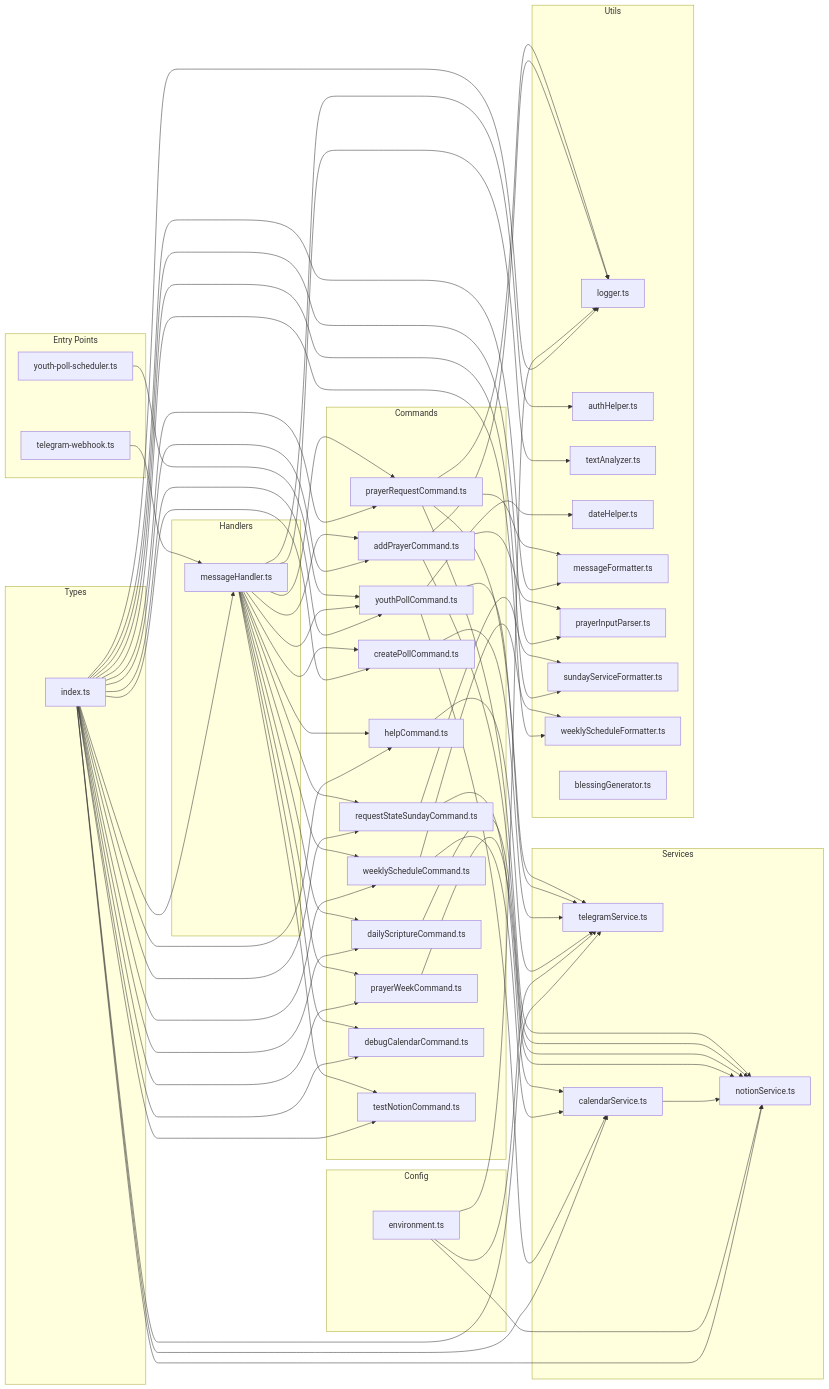
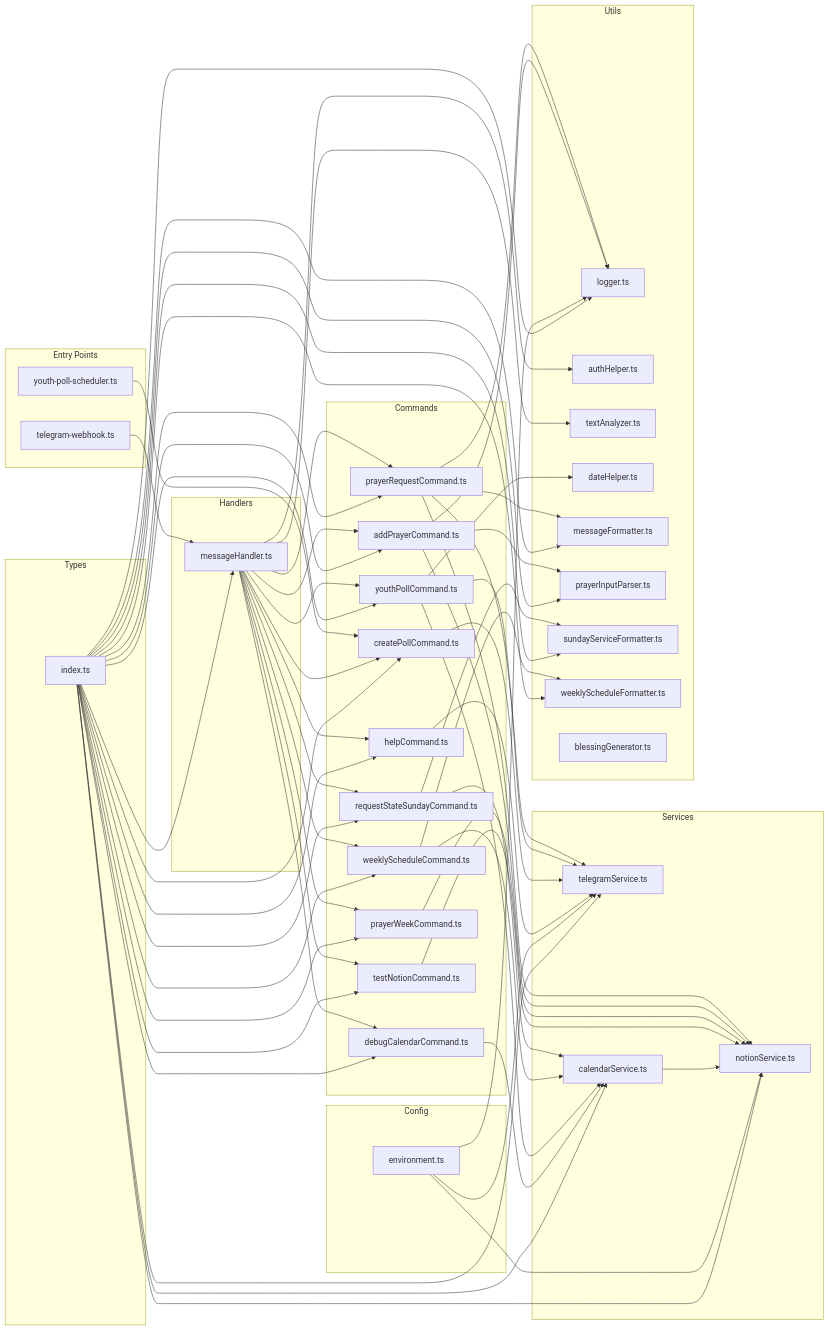
The third of 3 diagrams in docs/diagrams.md (DenisArger/church-management-js), drawn with Mermaid before and after one commit. The commit also changed other lines of this file and 104 other files, not shown here.

```diff
--- a/docs/diagrams.md
+++ b/docs/diagrams.md
@@ -108,14 +106,13 @@
         C1[helpCommand.ts]
         C2[prayerRequestCommand.ts]
         C3[addPrayerCommand.ts]
-        C4[dailyScriptureCommand.ts]
-        C5[requestStateSundayCommand.ts]
-        C6[weeklyScheduleCommand.ts]
-        C7[prayerWeekCommand.ts]
-        C8[youthPollCommand.ts]
-        C9[createPollCommand.ts]
-        C10[debugCalendarCommand.ts]
-        C11[testNotionCommand.ts]
+        C4[requestStateSundayCommand.ts]
+        C5[weeklyScheduleCommand.ts]
+        C6[prayerWeekCommand.ts]
+        C7[youthPollCommand.ts]
+        C8[createPollCommand.ts]
+        C9[debugCalendarCommand.ts]
+        C10[testNotionCommand.ts]
     end
     
     subgraph Services["Services"]
@@ -156,26 +153,26 @@
     MH --> C8
     MH --> C9
     MH --> C10
-    MH --> C11
     
     C2 --> TS
     C2 --> NS
     C3 --> NS
-    C4 --> NS
+    C4 --> CS
     C5 --> CS
-    C6 --> CS
-    C7 --> NS
-    C8 --> CS
+    C6 --> NS
+    C7 --> CS
+    C7 --> TS
     C8 --> TS
-    C9 --> TS
+    C9 --> CS
+    C10 --> NS
     
     CS --> NS
     C1 --> TS
     C2 --> U5
     C3 --> U6
-    C5 --> U7
-    C6 --> U8
-    C8 --> U4
+    C4 --> U7
+    C5 --> U8
+    C7 --> U4
     
     MH --> U2
     MH --> U3
@@ -197,7 +194,6 @@
     TYPES --> C8
     TYPES --> C9
     TYPES --> C10
-    TYPES --> C11
     TYPES --> TS
     TYPES --> NS
     TYPES --> CS
```
